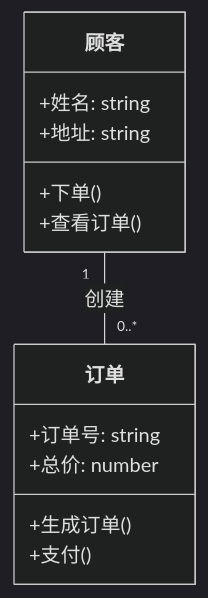
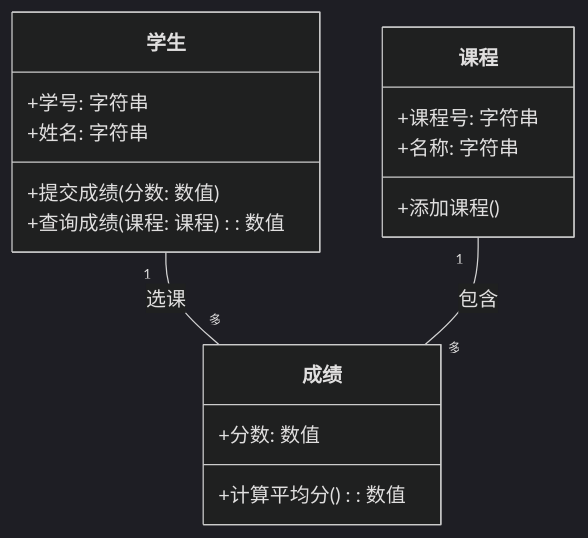
One commit to yuedong111/learnmix_resource changed the second of 2 diagrams in output/software_junior/07_系统分析与设计方法_.md. Above: the diagram before and after it, drawn with Mermaid (dark theme). The commit also changed other lines of this file and 15 other files, not shown here.

Commit message:
Refactor chapters 15 and 16: Enhance clarity and structure on system reliability and standardization concepts, including improved examples and definitions. Update markdown formatting and add diagrams for better understanding.

````diff
--- a/output/software_junior/07_系统分析与设计方法_.md
+++ b/output/software_junior/07_系统分析与设计方法_.md
@@ -67,16 +70,20 @@
 ```mermaid
 classDiagram
-    class 顾客 {
-        +姓名: string
-        +地址: string
-        +下单()
-        +查看订单()
+    class 学生 {
+        +学号: 字符串
+        +姓名: 字符串
+        +提交成绩(分数: 数值)
+        +查询成绩(课程: 课程): 数值
     }
-    class 订单 {
-        +订单号: string
-        +总价: number
-        +生成订单()
-        +支付()
+    class 课程 {
+        +课程号: 字符串
+        +名称: 字符串
+        +添加课程()
     }
-    顾客 "1" -- "0..*" 订单 : 创建
-```  
+    class 成绩 {
+        +分数: 数值
+        +计算平均分(): 数值
+    }
+    学生 "1" -- "多" 成绩 : 选课
+    课程 "1" -- "多" 成绩 : 包含
+```
````
